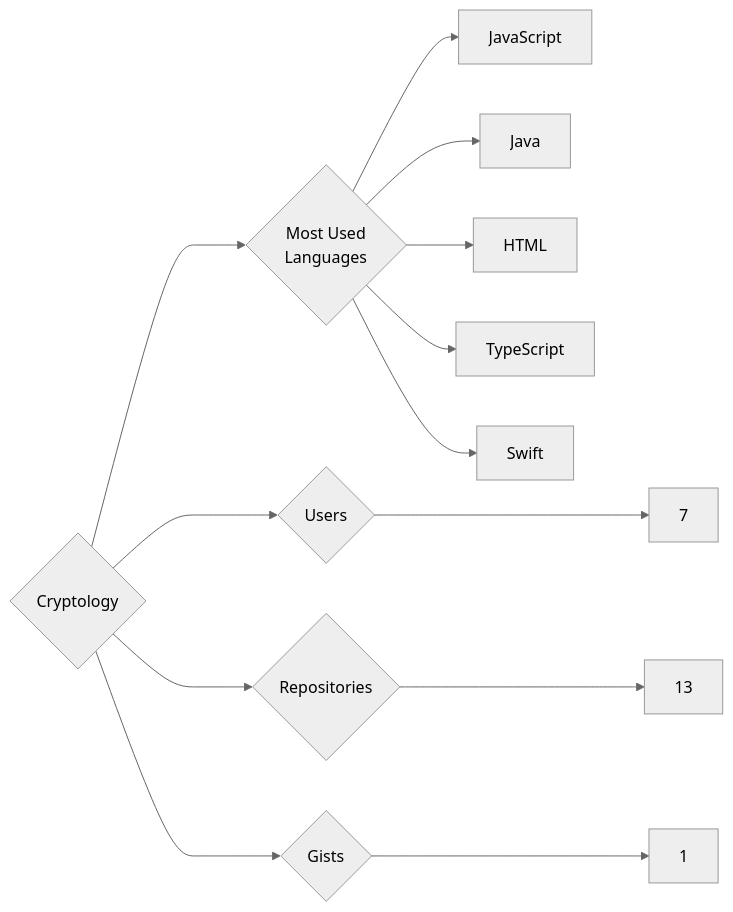
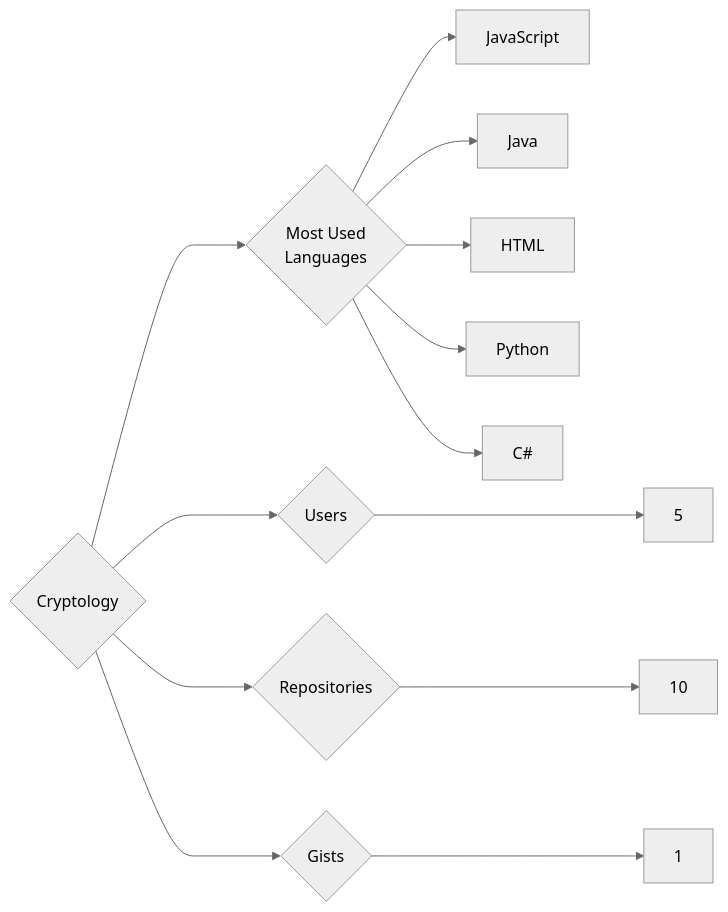
Before and after one commit to trickest/insiders: the diagram in targets/Cryptology/README.md, drawn with Mermaid (neutral theme). The commit also changed 815 other files, not shown here.

````diff
--- a/targets/Cryptology/README.md
+++ b/targets/Cryptology/README.md
@@ -3,13 +3,13 @@
 ```mermaid
 graph LR
 COMPANY_NAME{Cryptology}
-COMPANY_NAME ---> U{Users} ---> UN[7]
-COMPANY_NAME ---> R{Repositories} ---> RN[13]
+COMPANY_NAME ---> U{Users} ---> UN[5]
+COMPANY_NAME ---> R{Repositories} ---> RN[10]
 COMPANY_NAME ---> G{Gists} ---> GN[1]
 COMPANY_NAME ---> ML{Most Used<br>Languages}
 ML --> JavaScript[JavaScript]
 ML --> Java[Java]
 ML --> HTML[HTML]
-ML --> TypeScript[TypeScript]
-ML --> Swift[Swift]
+ML --> Python[Python]
+ML --> C#[C#]
 ```
````
